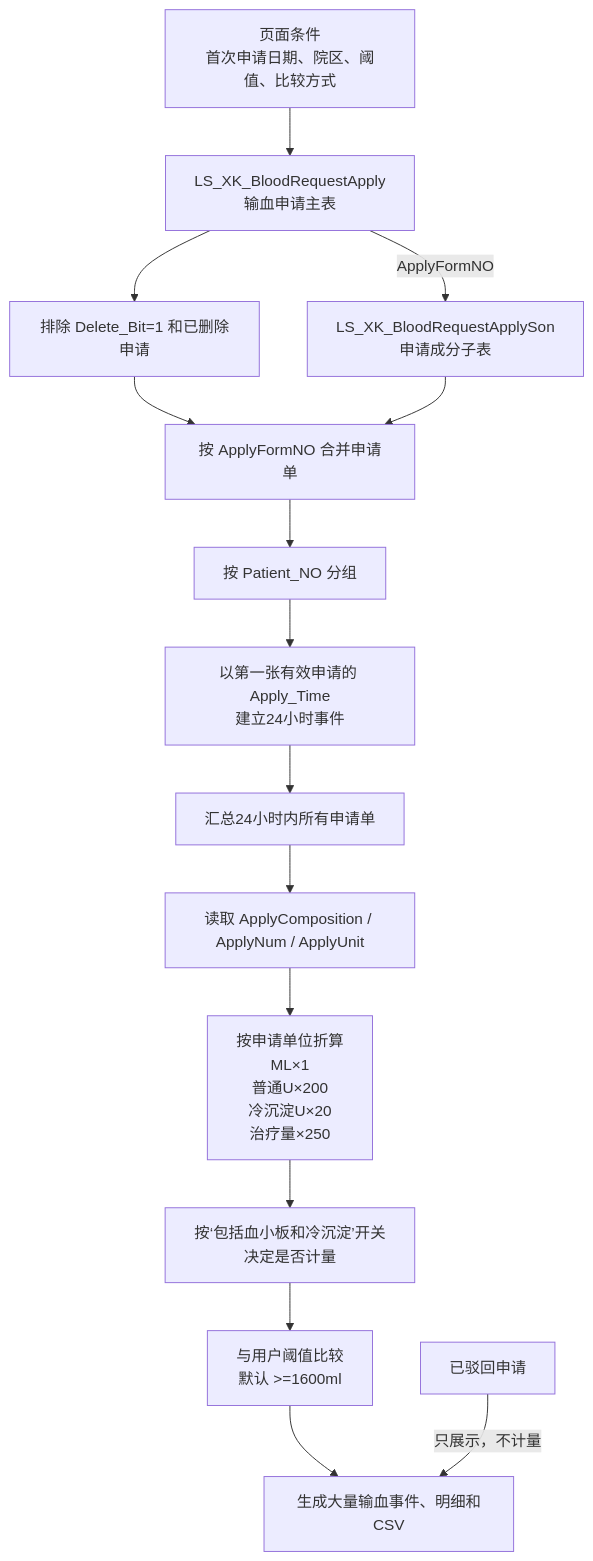
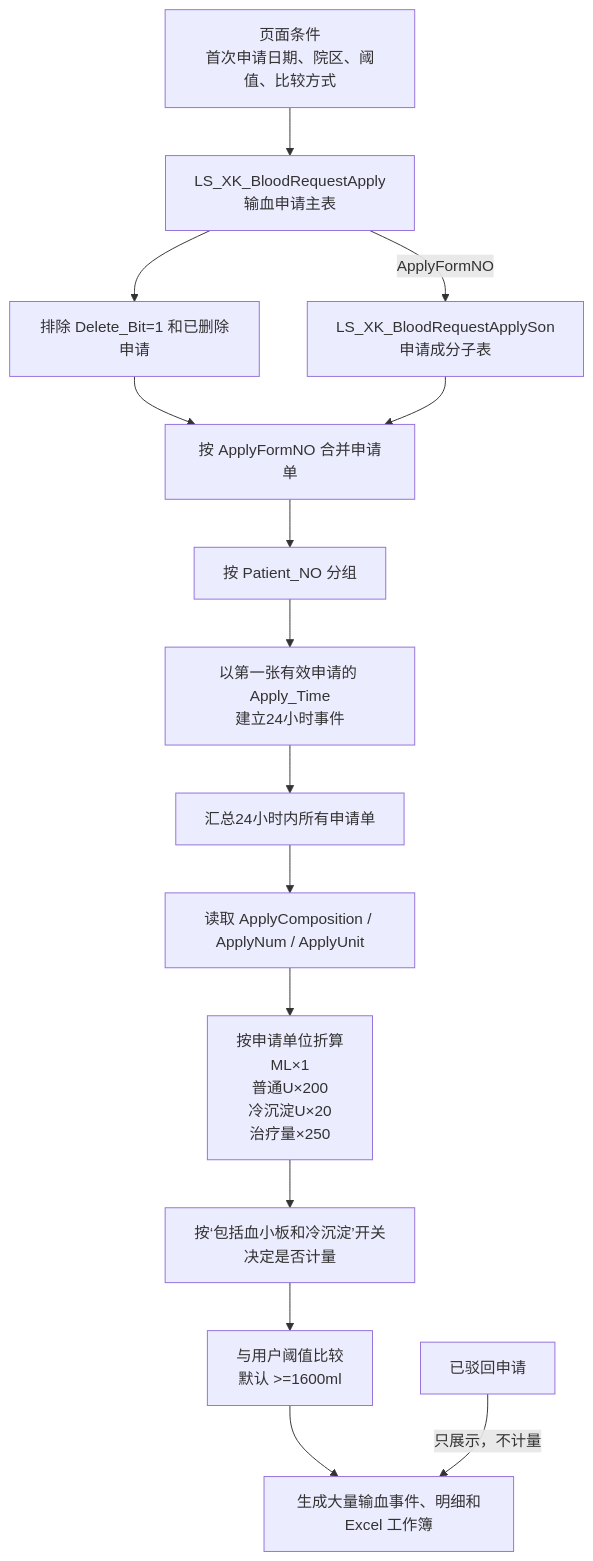
One commit to zemise/cpp_search changed the first of 2 diagrams in MASSIVE_TRANSFUSION_STATISTICS_DESIGN.md. Above: the diagram before and after it, drawn with Mermaid. The commit also changed other lines of this file and 17 other files, not shown here.

````diff
--- a/MASSIVE_TRANSFUSION_STATISTICS_DESIGN.md
+++ b/MASSIVE_TRANSFUSION_STATISTICS_DESIGN.md
@@ -69,22 +69,22 @@
 ```mermaid
 flowchart TD
     A["页面条件<br/>首次申请日期、院区、阈值、比较方式"] --> B["LS_XK_BloodRequestApply<br/>输血申请主表"]
     B -->|"ApplyFormNO"| C["LS_XK_BloodRequestApplySon<br/>申请成分子表"]
 
     B --> D["排除 Delete_Bit=1 和已删除申请"]
     D --> E["按 ApplyFormNO 合并申请单"]
     C --> E
 
     E --> F["按 Patient_NO 分组"]
     F --> G["以第一张有效申请的 Apply_Time<br/>建立24小时事件"]
     G --> H["汇总24小时内所有申请单"]
 
     H --> I["读取 ApplyComposition / ApplyNum / ApplyUnit"]
     I --> J["按申请单位折算<br/>ML×1<br/>普通U×200<br/>冷沉淀U×20<br/>治疗量×250"]
 
     J --> K["按‘包括血小板和冷沉淀’开关决定是否计量"]
     K --> L["与用户阈值比较<br/>默认 >=1600ml"]
-    L --> M["生成大量输血事件、明细和CSV"]
+    L --> M["生成大量输血事件、明细和Excel 工作簿"]
 
     N["已驳回申请"] -->|"只展示，不计量"| M
 ```
````
